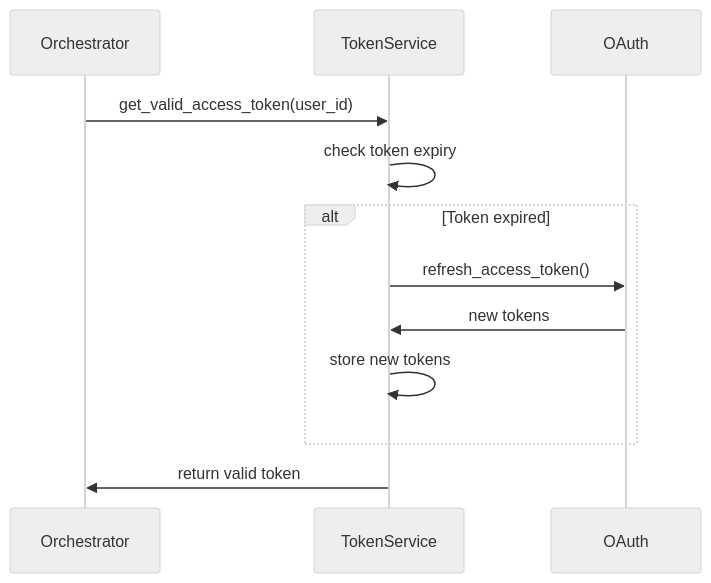
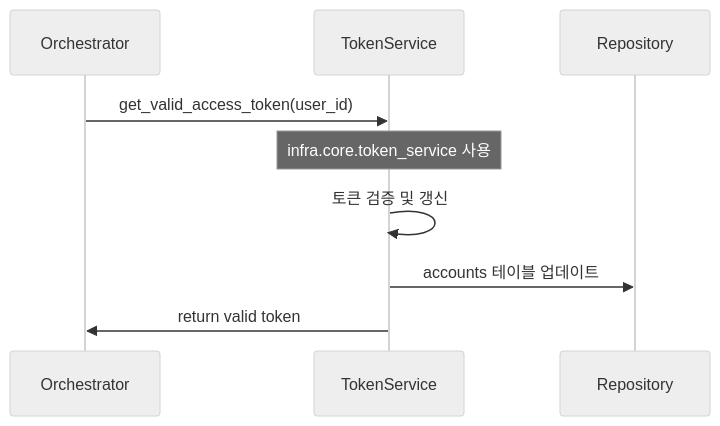
Before and after one commit to kimghw/MailQueryWithMCP: the second of 3 diagrams in modules/auth/auth_implementation_plan.md, drawn with Mermaid (neutral theme). The commit also changed other lines of this file and 2 other files, not shown here.

Commit message:
docs: update auth module implementation plan and work plan for simplification and infra service utilization

````diff
--- a/modules/auth/auth_implementation_plan.md
+++ b/modules/auth/auth_implementation_plan.md
@@ -158,15 +169,12 @@
 ```mermaid
 sequenceDiagram
     participant Orchestrator
     participant TokenService
-    participant OAuth
+    participant Repository
 
     Orchestrator->>TokenService: get_valid_access_token(user_id)
-    TokenService->>TokenService: check token expiry
-    alt Token expired
-        TokenService->>OAuth: refresh_access_token()
-        OAuth->>TokenService: new tokens
-        TokenService->>TokenService: store new tokens
-    end
+    Note over TokenService: infra.core.token_service 사용
+    TokenService->>TokenService: 토큰 검증 및 갱신
+    TokenService->>Repository: accounts 테이블 업데이트
     TokenService->>Orchestrator: return valid token
 ```
````
